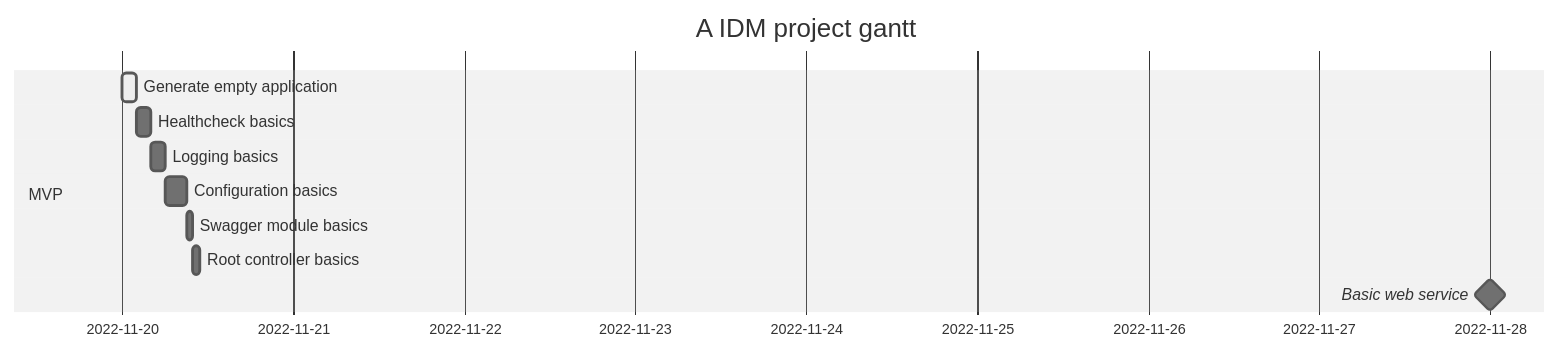
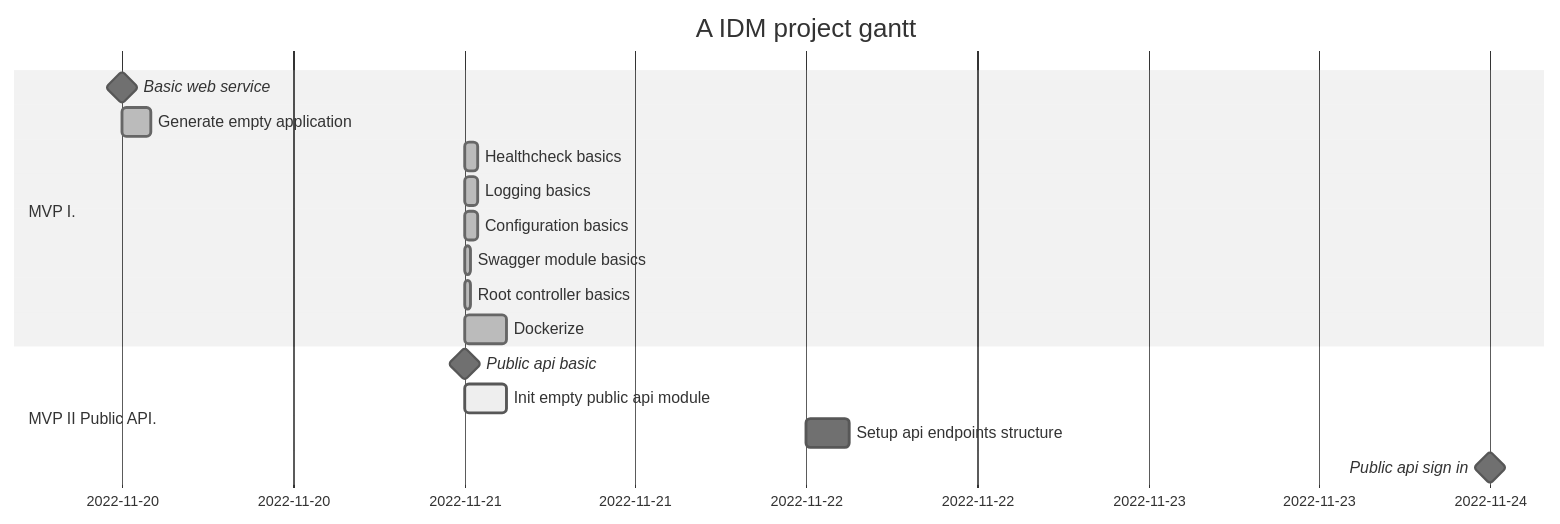
The diagram in apps/docs/docs/project.md (ales-albert-kilbergr/idm), drawn with Mermaid (neutral theme) before and after one commit. The commit also changed 48 other files, not shown here.

First line of the commit message:
Feat/base web service (#2)

````diff
--- a/apps/docs/docs/project.md
+++ b/apps/docs/docs/project.md
@@ -20,16 +20,23 @@
 ```mermaid
 gantt
 
 title      A IDM project gantt
 dateFormat YYY-MM-DD
 
-section MVP
-Generate empty application        :active, 2022-11-20,2h
-Healthcheck basics                :2h
-Logging basics                    :2h
-Configuration basics              :3h
-Swagger module basics             :1h
-Root controller basics            :1h
-Basic web service                 :milestone, 2022-11-28, 0d
+section MVP I.
+Basic web service                 :milestone, 2022-11-20, 0d
+Generate empty application        :done,      2022-11-20,2h
+Healthcheck basics                :done,      2022-11-21,1h
+Logging basics                    :done,      2022-11-21,1h
+Configuration basics              :done,      2022-11-21,1h
+Swagger module basics             :done,      2022-11-21,0.5h
+Root controller basics            :done,      2022-11-21,0.5h
+Dockerize                         :done,      2022-11-21,3h
+
+section MVP II Public API.
+Public api basic                  :milestone, 2022-11-21, 0d
+Init empty public api module      :active,    2022-11-21,3h
+Setup api endpoints structure     :           2022-11-22,3h
+Public api sign in                :milestone, 2022-11-24, 0d
 
 ```
````
